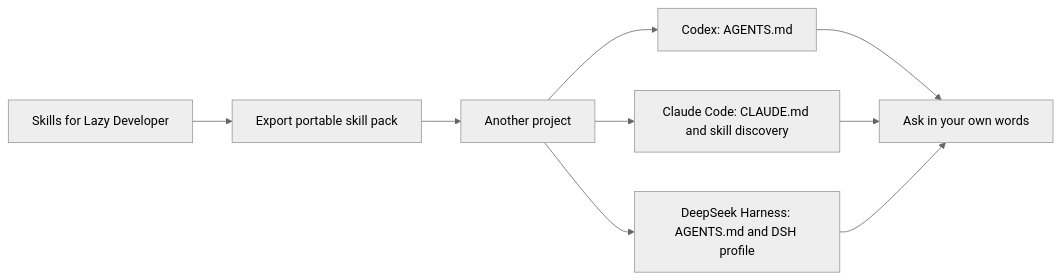
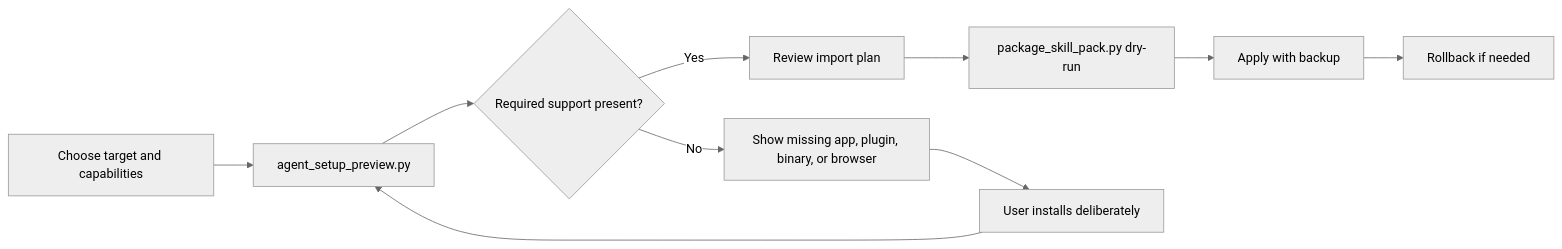
The first of 5 diagrams in README.md (RaditteAnggoro/skill-for-lazy-developer), drawn with Mermaid (neutral theme) before and after one commit. The commit also changed other lines of this file and 1 other file, not shown here.

````diff
--- a/README.md
+++ b/README.md
@@ -40,11 +147,12 @@
 ```mermaid
 flowchart LR
-    A[Skills for Lazy Developer] --> B[Export portable skill pack]
-    B --> C[Another project]
-    C --> D[Codex: AGENTS.md]
-    C --> E[Claude Code: CLAUDE.md and skill discovery]
-    C --> F[DeepSeek Harness: AGENTS.md and DSH profile]
-    D --> G[Ask in your own words]
-    E --> G
-    F --> G
+    A[Choose target and capabilities] --> B[agent_setup_preview.py]
+    B --> C{Required support present?}
+    C -->|Yes| D[Review import plan]
+    C -->|No| E[Show missing app, plugin, binary, or browser]
+    E --> F[User installs deliberately]
+    F --> B
+    D --> G[package_skill_pack.py dry-run]
+    G --> H[Apply with backup]
+    H --> I[Rollback if needed]
 ```
````
